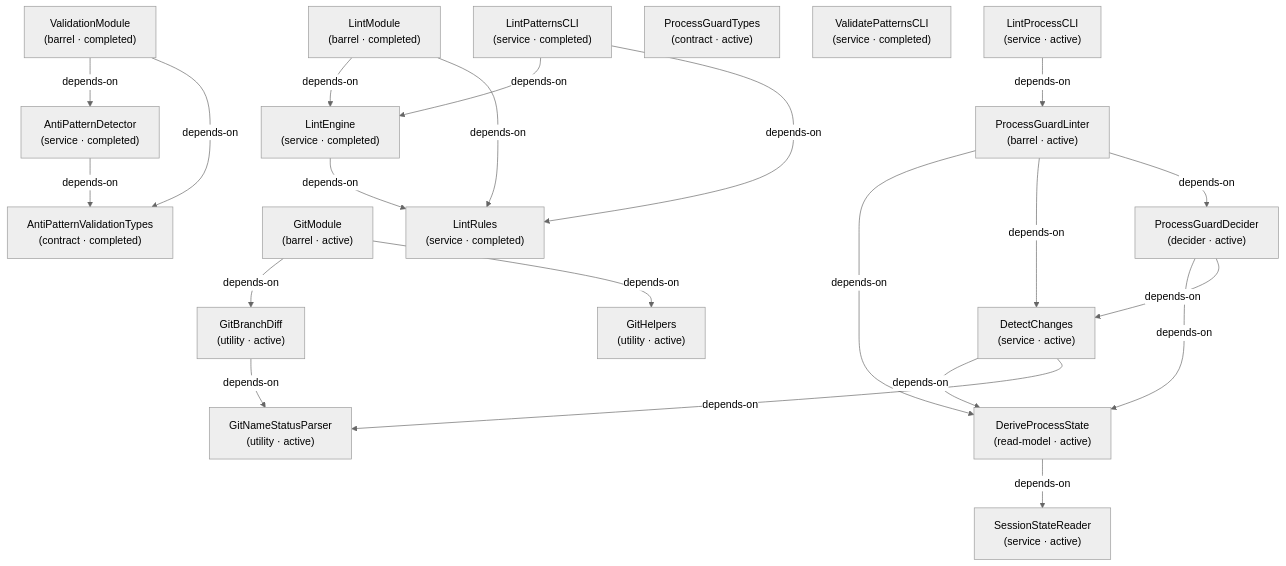
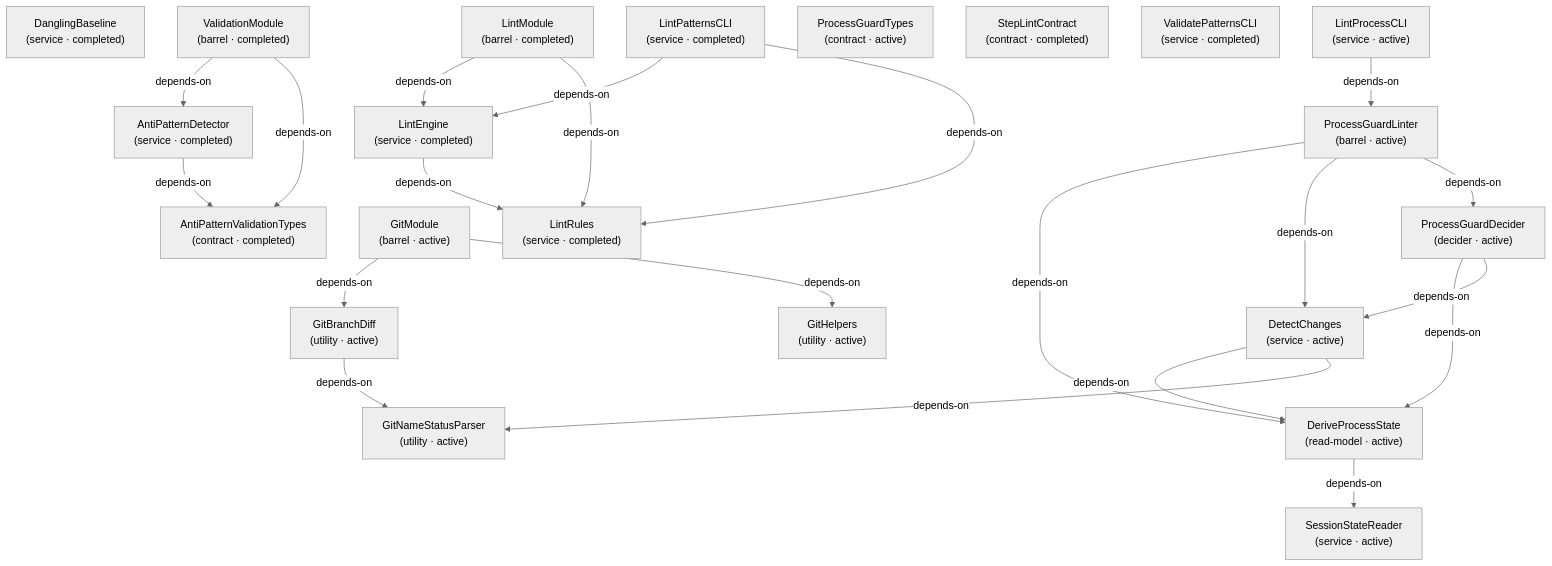
Before and after one commit to libar-dev/architect: the fourth of 7 diagrams in docs-live/design-review/by-package.md, drawn with Mermaid (neutral theme). The commit also changed other lines of this file and 185 other files, not shown here.

Commit message:
refactor(architect): replace facade with frozen graph handle

````diff
--- a/docs-live/design-review/by-package.md
+++ b/docs-live/design-review/by-package.md
@@ -217,42 +222,44 @@
 ```mermaid
 graph TD
   antipatterndetector["AntiPatternDetector<br/>(service · completed)"]
   antipatternvalidationtypes["AntiPatternValidationTypes<br/>(contract · completed)"]
+  danglingbaseline["DanglingBaseline<br/>(service · completed)"]
   deriveprocessstate["DeriveProcessState<br/>(read-model · active)"]
   detectchanges["DetectChanges<br/>(service · active)"]
   gitbranchdiff["GitBranchDiff<br/>(utility · active)"]
   githelpers["GitHelpers<br/>(utility · active)"]
   gitmodule["GitModule<br/>(barrel · active)"]
   gitnamestatusparser["GitNameStatusParser<br/>(utility · active)"]
   lintengine["LintEngine<br/>(service · completed)"]
   lintmodule["LintModule<br/>(barrel · completed)"]
   lintpatternscli["LintPatternsCLI<br/>(service · completed)"]
   lintprocesscli["LintProcessCLI<br/>(service · active)"]
   lintrules["LintRules<br/>(service · completed)"]
   processguarddecider["ProcessGuardDecider<br/>(decider · active)"]
   processguardlinter["ProcessGuardLinter<br/>(barrel · active)"]
   processguardtypes["ProcessGuardTypes<br/>(contract · active)"]
   sessionstatereader["SessionStateReader<br/>(service · active)"]
+  steplintcontract["StepLintContract<br/>(contract · completed)"]
   validatepatternscli["ValidatePatternsCLI<br/>(service · completed)"]
   validationmodule["ValidationModule<br/>(barrel · completed)"]
   antipatterndetector -->|depends-on| antipatternvalidationtypes
   deriveprocessstate -->|depends-on| sessionstatereader
   detectchanges -->|depends-on| deriveprocessstate
   detectchanges -->|depends-on| gitnamestatusparser
   gitbranchdiff -->|depends-on| gitnamestatusparser
   gitmodule -->|depends-on| gitbranchdiff
   gitmodule -->|depends-on| githelpers
   lintengine -->|depends-on| lintrules
   lintmodule -->|depends-on| lintengine
   lintmodule -->|depends-on| lintrules
   lintpatternscli -->|depends-on| lintengine
   lintpatternscli -->|depends-on| lintrules
   lintprocesscli -->|depends-on| processguardlinter
   processguarddecider -->|depends-on| deriveprocessstate
   processguarddecider -->|depends-on| detectchanges
   processguardlinter -->|depends-on| deriveprocessstate
   processguardlinter -->|depends-on| detectchanges
   processguardlinter -->|depends-on| processguarddecider
   validationmodule -->|depends-on| antipatterndetector
   validationmodule -->|depends-on| antipatternvalidationtypes
 ```
````
